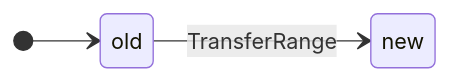
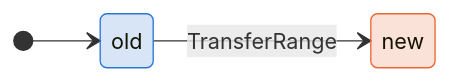
One commit to antflydb/antfly changed the first of 2 diagrams in zig/specs/tla/diagrams/storage/db/AntflyPromotionOwnerHandoff.md. Above: the diagram before and after it, drawn with Mermaid. The commit also changed 27 other files, not shown here.

````diff
--- a/zig/specs/tla/diagrams/storage/db/AntflyPromotionOwnerHandoff.md
+++ b/zig/specs/tla/diagrams/storage/db/AntflyPromotionOwnerHandoff.md
@@ -13,6 +13,10 @@
 ```mermaid
 stateDiagram-v2
     direction LR
     [*] --> old
     old --> new : TransferRange
+    classDef c_old fill:#2a78d630,stroke:#2a78d6
+    class old c_old
+    classDef c_new fill:#eb683430,stroke:#eb6834
+    class new c_new
 ```
````
